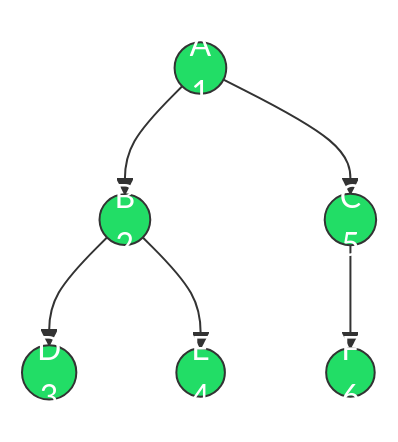
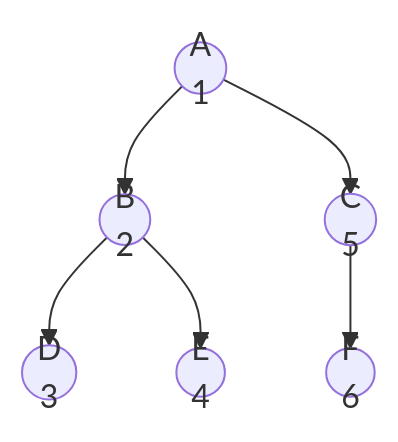
One commit to amendez13/swe-study-guide changed the fourth of 6 diagrams in content/07_Data_Structures_and_Algorithms/07_Graphs/concepts.md. Above: the diagram before and after it, drawn with Mermaid. The commit also changed other lines of this file and 2 other files, not shown here.

First line of the commit message:
docs(dsa): graphs — short titles, 8 new concepts, More practice, 16 original drills

````diff
--- a/content/07_Data_Structures_and_Algorithms/07_Graphs/concepts.md
+++ b/content/07_Data_Structures_and_Algorithms/07_Graphs/concepts.md
@@ -221,15 +170,8 @@
 ```mermaid
 graph TD
     A((A<br/>1)) --> B((B<br/>2))
     A --> C((C<br/>5))
     B --> D((D<br/>3))
     B --> E((E<br/>4))
     C --> F((F<br/>6))
-
-    style A fill:#2d6,stroke:#333,color:#fff
-    style B fill:#2d6,stroke:#333,color:#fff
-    style D fill:#2d6,stroke:#333,color:#fff
-    style E fill:#2d6,stroke:#333,color:#fff
-    style C fill:#2d6,stroke:#333,color:#fff
-    style F fill:#2d6,stroke:#333,color:#fff
 ```
````
